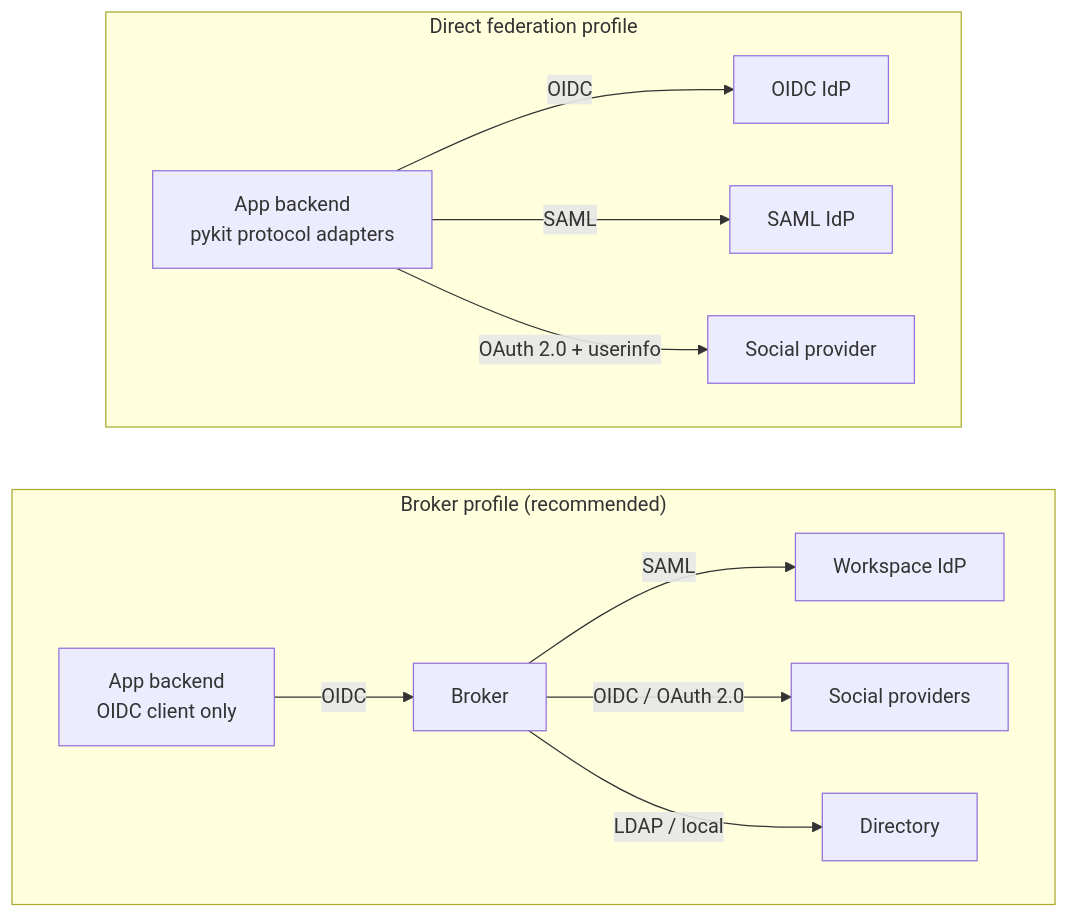
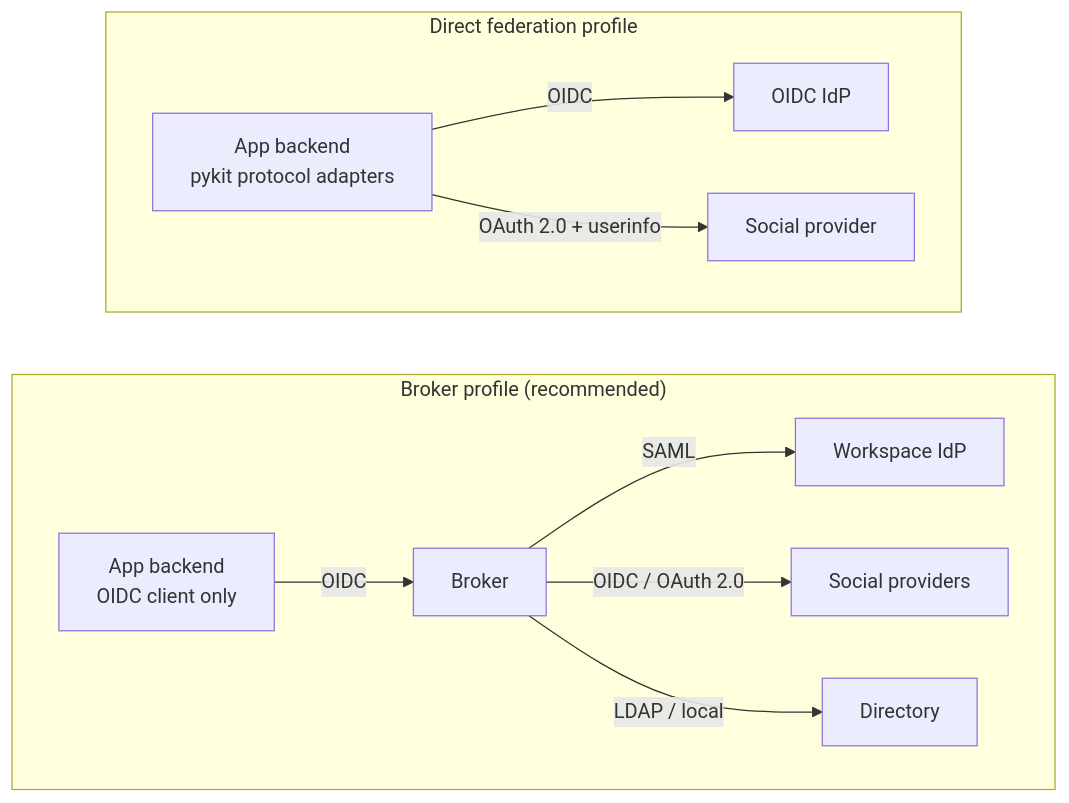
Before and after one commit to rn-forge/pykit: the second of 11 diagrams in docs/specs/epics/E13-auth/design.md, drawn with Mermaid. The commit also changed other lines of this file and 10 other files, not shown here.

````diff
--- a/docs/specs/epics/E13-auth/design.md
+++ b/docs/specs/epics/E13-auth/design.md
@@ -161,16 +164,15 @@
 ```mermaid
 flowchart LR
   subgraph P1["Broker profile (recommended)"]
     direction LR
     A1["App backend<br/>OIDC client only"] -- "OIDC" --> BR["Broker"]
     BR -- "SAML" --> W1["Workspace IdP"]
     BR -- "OIDC / OAuth 2.0" --> S1["Social providers"]
     BR -- "LDAP / local" --> L1["Directory"]
   end
   subgraph P2["Direct federation profile"]
     direction LR
     A2["App backend<br/>pykit protocol adapters"] -- "OIDC" --> G2["OIDC IdP"]
-    A2 -- "SAML" --> W2["SAML IdP"]
     A2 -- "OAuth 2.0 + userinfo" --> S2["Social provider"]
   end
 ```
````
